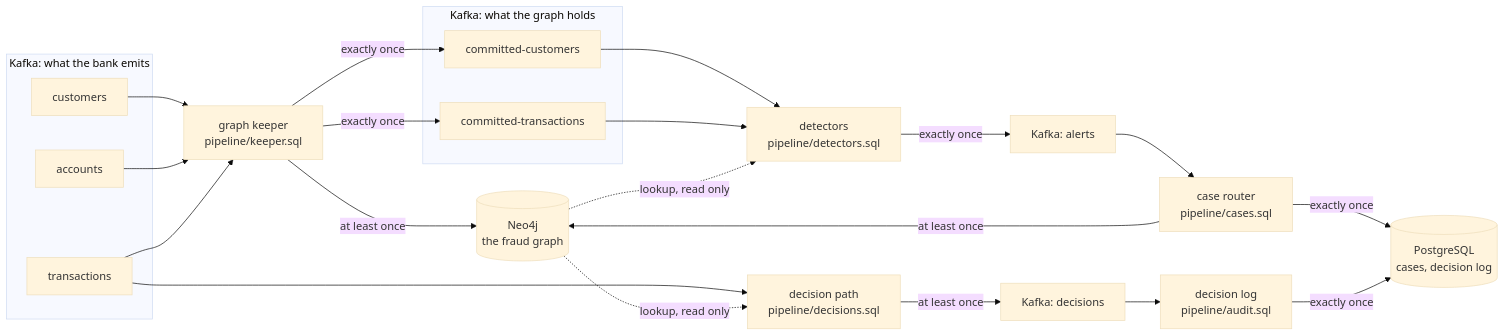
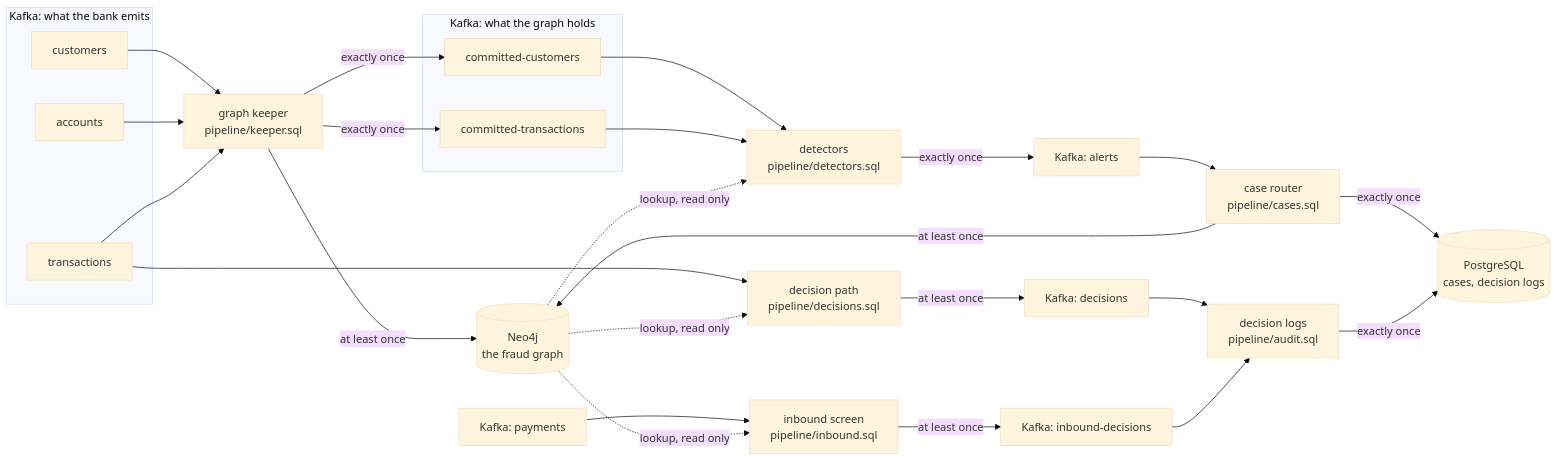
Before and after one commit to orhaugh/transfer-sentry: the diagram in README.md, drawn with Mermaid (base theme). The commit also changed other lines of this file and 11 other files, not shown here.

````diff
--- a/README.md
+++ b/README.md
@@ -52,39 +59,46 @@
 ```mermaid
 flowchart LR
   subgraph bank["Kafka: what the bank emits"]
     C["customers"]
     A["accounts"]
     T["transactions"]
   end
   K["graph keeper<br/>pipeline/keeper.sql"]
   G[("Neo4j<br/>the fraud graph")]
   subgraph announced["Kafka: what the graph holds"]
     CC["committed-customers"]
     CT["committed-transactions"]
   end
   D["detectors<br/>pipeline/detectors.sql"]
   AL["Kafka: alerts"]
   R["case router<br/>pipeline/cases.sql"]
-  P[("PostgreSQL<br/>cases, decision log")]
+  P[("PostgreSQL<br/>cases, decision logs")]
   X["decision path<br/>pipeline/decisions.sql"]
   DE["Kafka: decisions"]
-  L["decision log<br/>pipeline/audit.sql"]
+  L["decision logs<br/>pipeline/audit.sql"]
+  PAY["Kafka: payments"]
+  I["inbound screen<br/>pipeline/inbound.sql"]
+  ID["Kafka: inbound-decisions"]
   C --> K
   A --> K
   T --> K
   K -- "at least once" --> G
   K -- "exactly once" --> CC
   K -- "exactly once" --> CT
   CC --> D
   CT --> D
   G -. "lookup, read only" .-> D
   D -- "exactly once" --> AL
   AL --> R
   R -- "exactly once" --> P
   R -- "at least once" --> G
   T --> X
   G -. "lookup, read only" .-> X
   X -- "at least once" --> DE
   DE --> L
   L -- "exactly once" --> P
+  PAY --> I
+  G -. "lookup, read only" .-> I
+  I -- "at least once" --> ID
+  ID --> L
 ```
````
